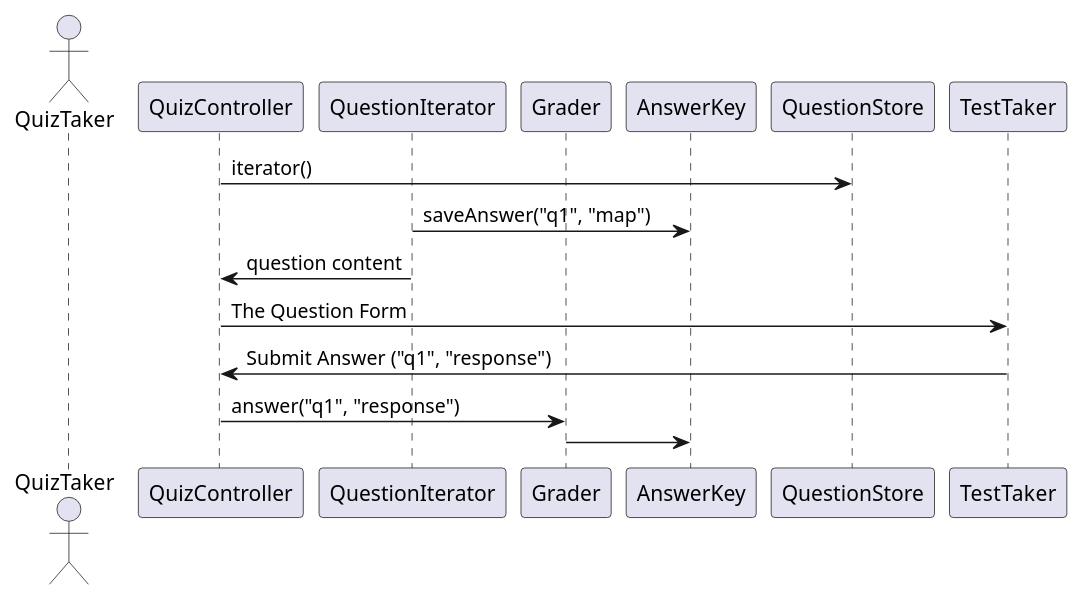
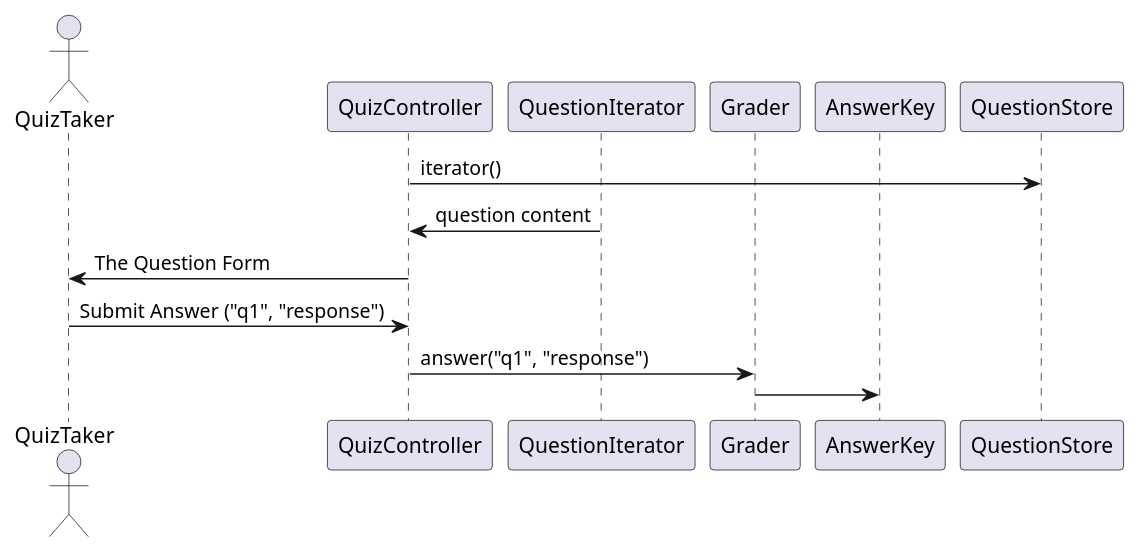
One commit to jitterted/quizdown changed the diagram in quiztaking.puml. Above: the diagram before and after it, drawn with PlantUML. The commit also changed 3 other files, not shown here.

Commit message:
Added PlantUML class diagrams (now and future design)

```diff
--- a/quiztaking.puml
+++ b/quiztaking.puml
@@ -1,14 +1,14 @@
 @startuml
 actor QuizTaker
 participant QuizController
 participant QuestionIterator
 participant Grader
 participant AnswerKey
 QuizController -> QuestionStore: iterator()
-QuestionIterator -> AnswerKey: saveAnswer("q1", "map")
+'QuestionIterator -> AnswerKey: saveAnswer("q1", "map")
 QuestionIterator -> QuizController: question content
-QuizController -> TestTaker: The Question Form
-TestTaker -> QuizController: Submit Answer ("q1", "response")
+QuizController -> QuizTaker: The Question Form
+QuizTaker -> QuizController: Submit Answer ("q1", "response")
 QuizController -> Grader: answer("q1", "response")
 Grader -> AnswerKey
 @enduml
```
